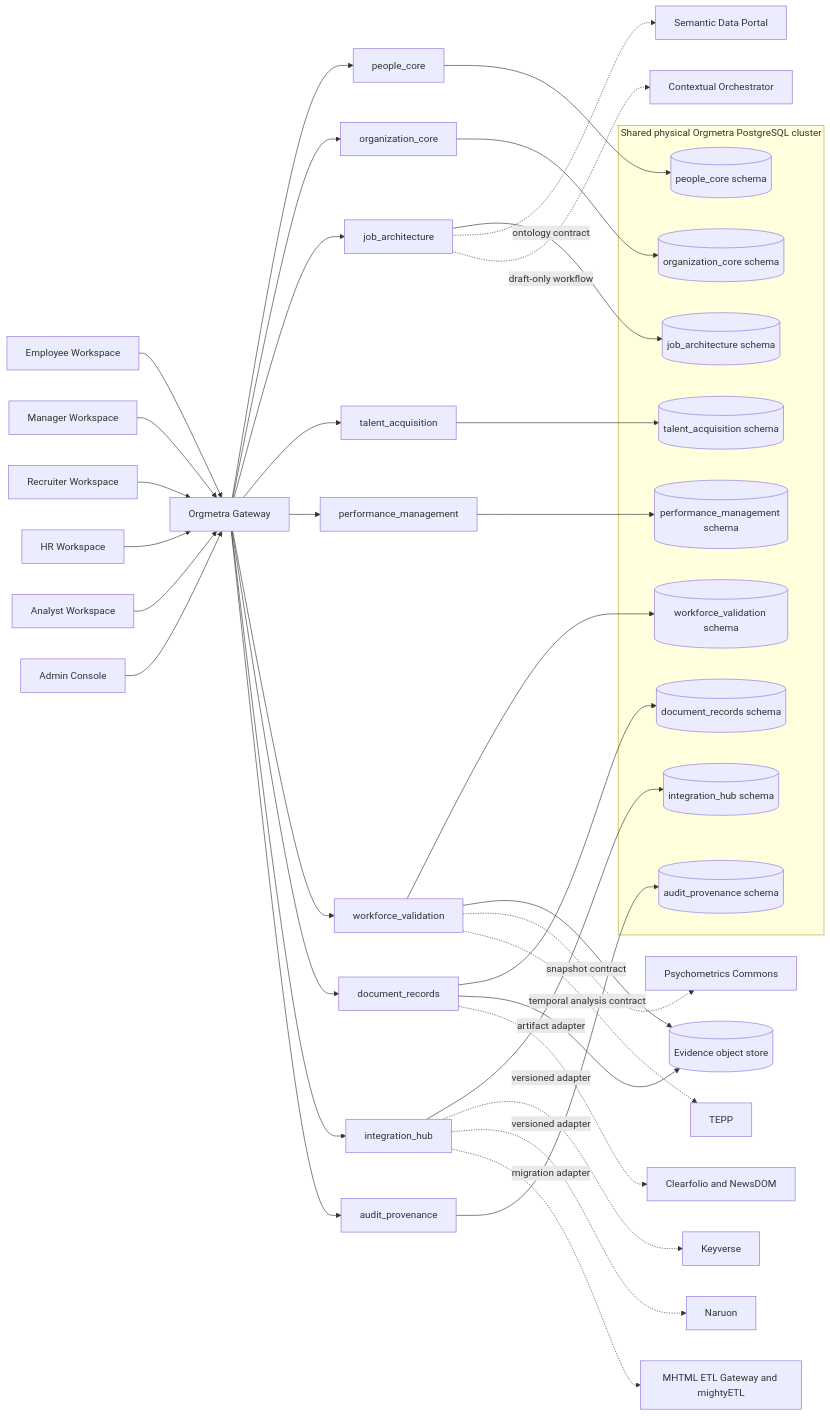
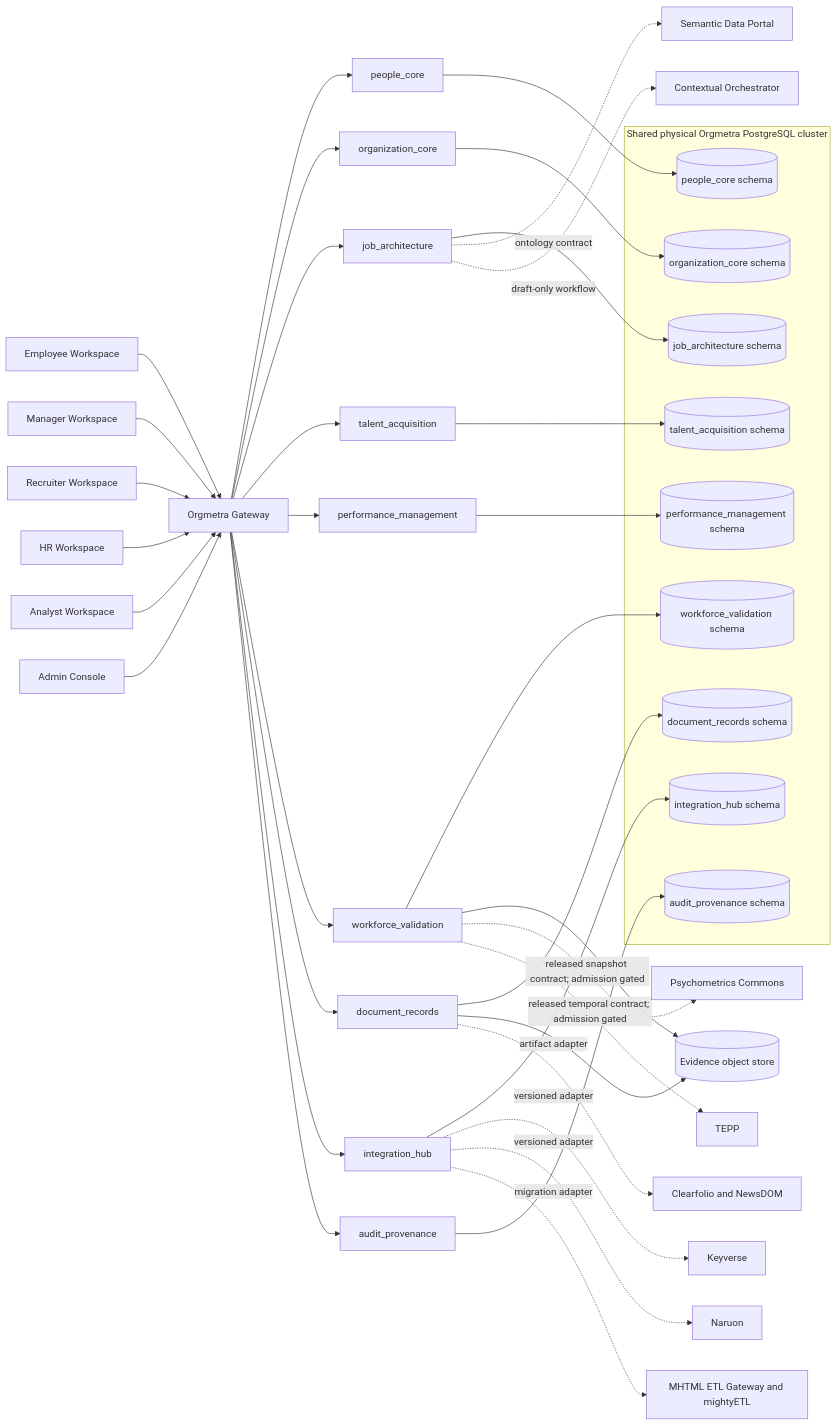
One commit to ContextualWisdomLab/Orgmetra changed the diagram in ARCHITECTURE.md. Above: the diagram before and after it, drawn with Mermaid. The commit also changed other lines of this file, not shown here.

Commit message:
docs(arch): distinguish specialist contract admission from runtime availability

````diff
--- a/ARCHITECTURE.md
+++ b/ARCHITECTURE.md
@@ -7,53 +7,53 @@
 ```mermaid
 flowchart LR
     employee[Employee Workspace] --> gateway[Orgmetra Gateway]
     manager[Manager Workspace] --> gateway
     recruiter[Recruiter Workspace] --> gateway
     hr[HR Workspace] --> gateway
     analyst[Analyst Workspace] --> gateway
     admin[Admin Console] --> gateway
 
     gateway --> people[people_core]
     gateway --> organization[organization_core]
     gateway --> jobs[job_architecture]
     gateway --> talent[talent_acquisition]
     gateway --> performance[performance_management]
     gateway --> validation[workforce_validation]
     gateway --> documents[document_records]
     gateway --> integration[integration_hub]
     gateway --> audit[audit_provenance]
 
     subgraph postgres[Shared physical Orgmetra PostgreSQL cluster]
         people_schema[(people_core schema)]
         organization_schema[(organization_core schema)]
         jobs_schema[(job_architecture schema)]
         talent_schema[(talent_acquisition schema)]
         performance_schema[(performance_management schema)]
         validation_schema[(workforce_validation schema)]
         documents_schema[(document_records schema)]
         integration_schema[(integration_hub schema)]
         audit_schema[(audit_provenance schema)]
     end
 
     people --> people_schema
     organization --> organization_schema
     jobs --> jobs_schema
     talent --> talent_schema
     performance --> performance_schema
     validation --> validation_schema
     documents --> documents_schema
     integration --> integration_schema
     audit --> audit_schema
 
     validation --> evidence[(Evidence object store)]
     documents --> evidence
 
     integration -. versioned adapter .-> keyverse[Keyverse]
     integration -. versioned adapter .-> naruon[Naruon]
-    validation -. snapshot contract .-> psych[Psychometrics Commons]
-    validation -. temporal analysis contract .-> tepp[TEPP]
+    validation -. released snapshot contract; admission gated .-> psych[Psychometrics Commons]
+    validation -. released temporal contract; admission gated .-> tepp[TEPP]
     jobs -. ontology contract .-> semantic[Semantic Data Portal]
     jobs -. draft-only workflow .-> orchestrator[Contextual Orchestrator]
     documents -. artifact adapter .-> doc_services[Clearfolio and NewsDOM]
     integration -. migration adapter .-> migration[MHTML ETL Gateway and mightyETL]
 ```
````
